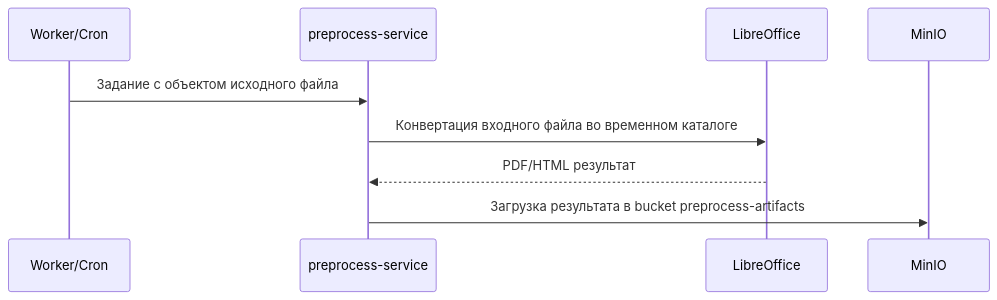
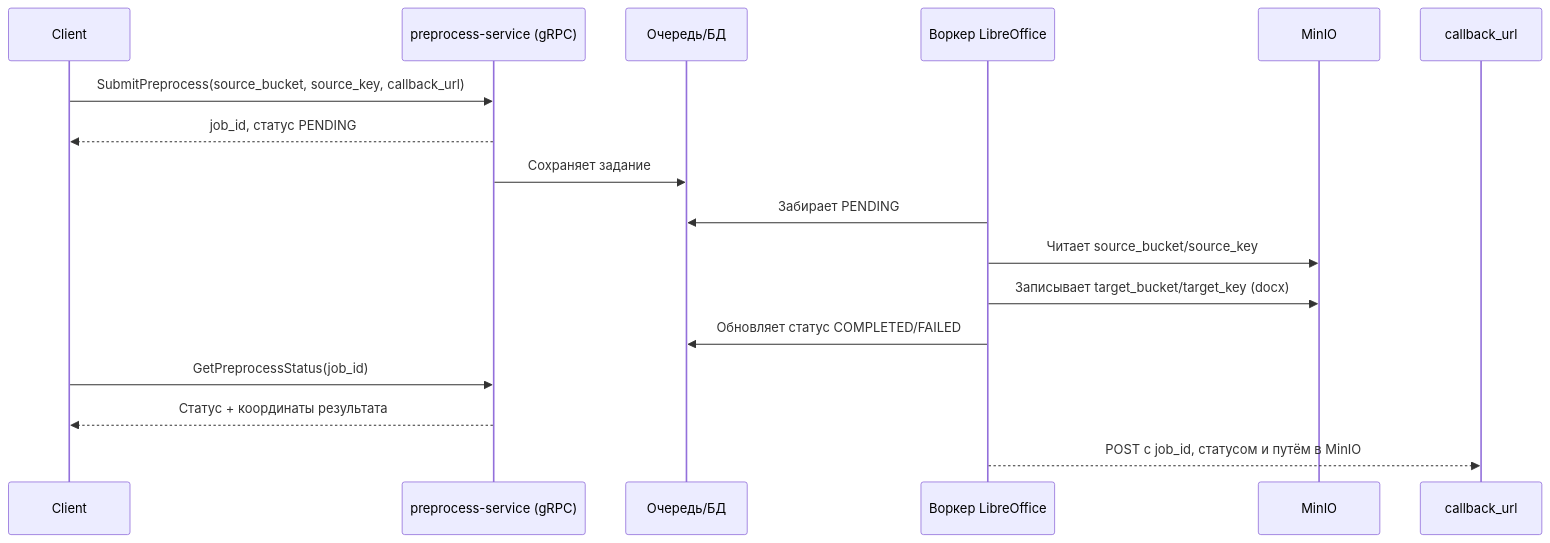
One commit to FedorovTeam/mono-repo changed the second of 2 diagrams in backend/preprocess-service/diagrams.md. Above: the diagram before and after it, drawn with Mermaid. The commit also changed other lines of this file and 17 other files, not shown here.

Commit message:
Add observability and deployment docs to preprocess service

````diff
--- a/backend/preprocess-service/diagrams.md
+++ b/backend/preprocess-service/diagrams.md
@@ -14,12 +16,20 @@
 ```mermaid
 sequenceDiagram
-    participant W as Worker/Cron
-    participant P as preprocess-service
-    participant L as LibreOffice
-    participant M as MinIO
+    participant Client
+    participant GRPC as preprocess-service (gRPC)
+    participant Queue as Очередь/БД
+    participant Worker as Воркер LibreOffice
+    participant MinIO
+    participant Callback as callback_url
 
-    W->>P: Задание с объектом исходного файла
-    P->>L: Конвертация входного файла во временном каталоге
-    L-->>P: PDF/HTML результат
-    P->>M: Загрузка результата в bucket preprocess-artifacts
+    Client->>GRPC: SubmitPreprocess(source_bucket, source_key, callback_url)
+    GRPC-->>Client: job_id, статус PENDING
+    GRPC->>Queue: Сохраняет задание
+    Worker->>Queue: Забирает PENDING
+    Worker->>MinIO: Читает source_bucket/source_key
+    Worker->>MinIO: Записывает target_bucket/target_key (docx)
+    Worker->>Queue: Обновляет статус COMPLETED/FAILED
+    Client->>GRPC: GetPreprocessStatus(job_id)
+    GRPC-->>Client: Статус + координаты результата
+    Worker-->>Callback: POST с job_id, статусом и путём в MinIO
 ```
````
